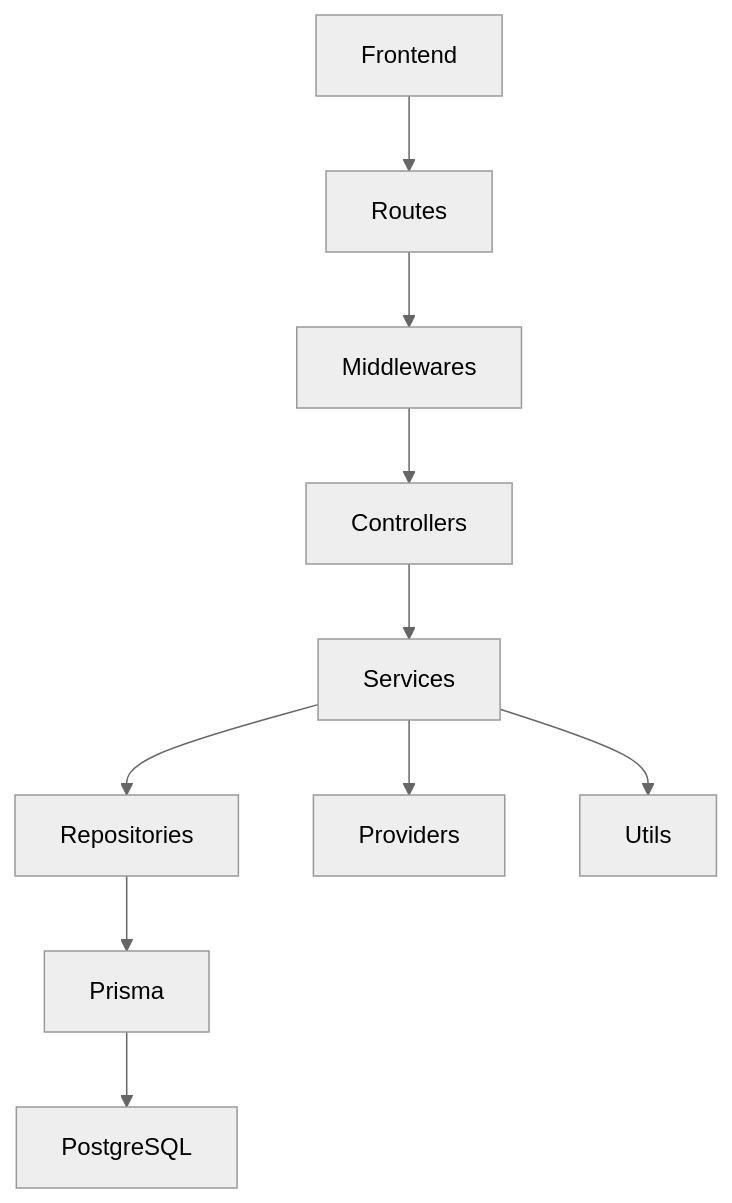
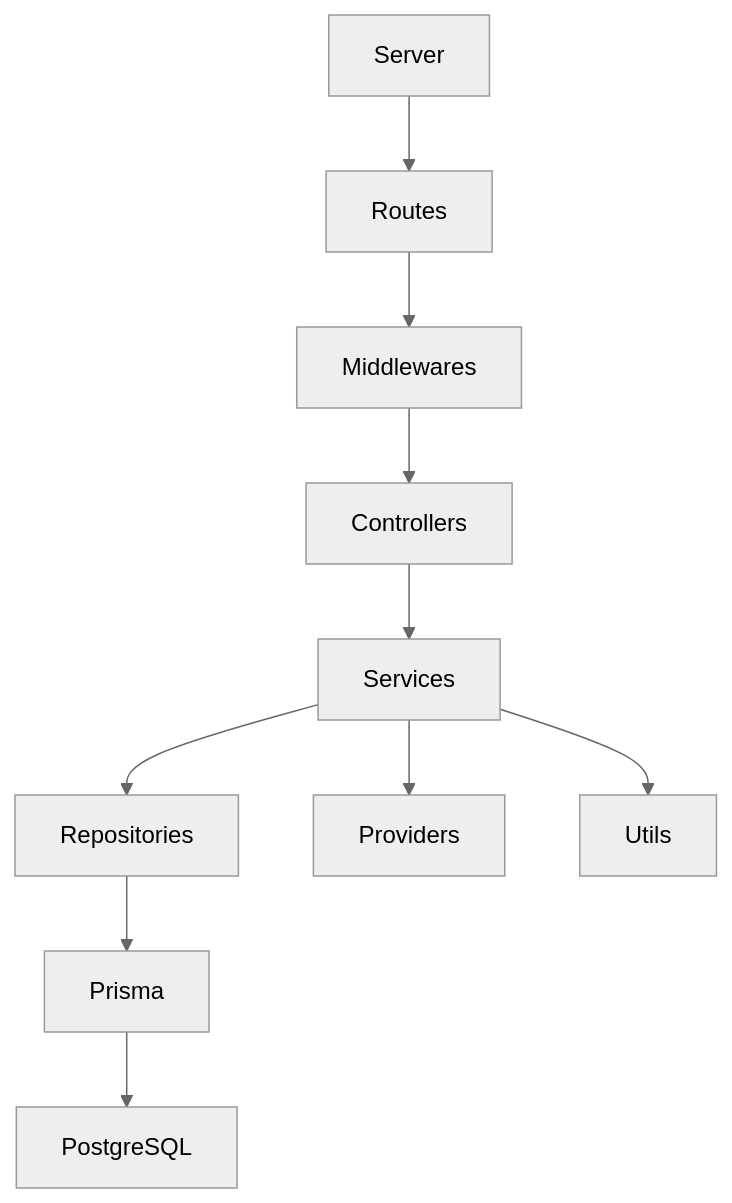
One commit to Lucas-S-Vieira/adote-facil changed the second of 5 diagrams in documentacao/arquitetura.md. Above: the diagram before and after it, drawn with Mermaid (neutral theme). The commit also changed other lines of this file, not shown here.

Commit message:
Melhorias nos diagramas

````diff
--- a/documentacao/arquitetura.md
+++ b/documentacao/arquitetura.md
@@ -68,14 +83,13 @@
 ```mermaid
 graph TD
-
-Frontend --> Routes
+Server --> Routes
 Routes --> Middlewares
 Middlewares --> Controllers
 Controllers --> Services
 Services --> Repositories
 Repositories --> Prisma
 Prisma --> PostgreSQL
 
 Services --> Providers
 Services --> Utils
 ```
````
